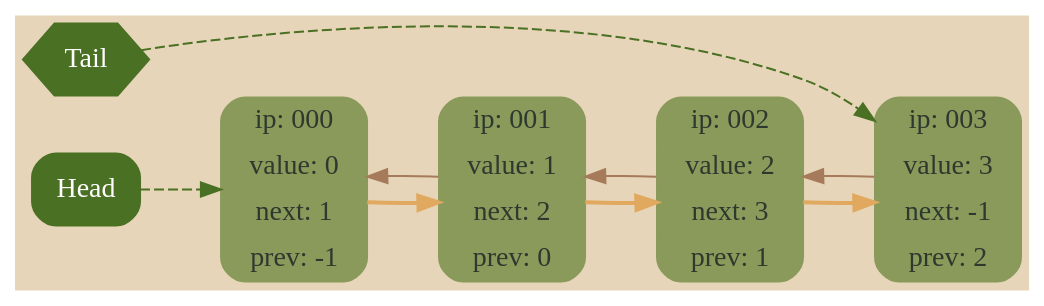
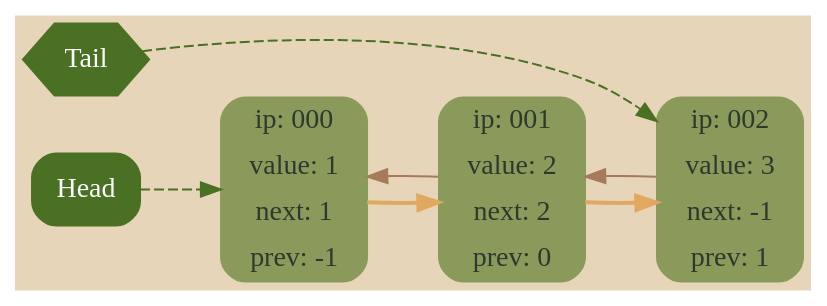
The diagram in GraphDump/dump.dot (F1merhub/List), drawn with Graphviz before and after one commit. The commit also changed 6 other files, not shown here.

```diff
--- a/GraphDump/dump.dot
+++ b/GraphDump/dump.dot
@@ -1,20 +1,17 @@
 digraph G {
 	rankdir = LR;
 	bgcolor="#E6D5B8";
-	node000 [shape=Mrecord; style=filled; color="#8A9A5B"; fontcolor="#2E382E"; label=" { ip: 000 } | { value:   0 } | { next:   1 } | { prev:  -1 } "];
-	node001 [shape=Mrecord; style=filled; color="#8A9A5B"; fontcolor="#2E382E"; label=" { ip: 001 } | { value:   1 } | { next:   2 } | { prev:   0 } "];
-	node002 [shape=Mrecord; style=filled; color="#8A9A5B"; fontcolor="#2E382E"; label=" { ip: 002 } | { value:   2 } | { next:   3 } | { prev:   1 } "];
-	node003 [shape=Mrecord; style=filled; color="#8A9A5B"; fontcolor="#2E382E"; label=" { ip: 003 } | { value:   3 } | { next:  -1 } | { prev:   2 } "];
+	node000 [shape=Mrecord; style=filled; color="#8A9A5B"; fontcolor="#2E382E"; label=" { ip: 000 } | { value:   1 } | { next:   1 } | { prev:  -1 } "];
+	node001 [shape=Mrecord; style=filled; color="#8A9A5B"; fontcolor="#2E382E"; label=" { ip: 001 } | { value:   2 } | { next:   2 } | { prev:   0 } "];
+	node002 [shape=Mrecord; style=filled; color="#8A9A5B"; fontcolor="#2E382E"; label=" { ip: 002 } | { value:   3 } | { next:  -1 } | { prev:   1 } "];
 
 	node000 -> node001 [style=bold; weight=1000; color="#E1A95F"];
 	node001 -> node002 [style=bold; weight=1000; color="#E1A95F"];
-	node002 -> node003 [style=bold; weight=1000; color="#E1A95F"];
-	node003 -> node002 [weight=0; color="#A67B5B"; constraint=false];
 	node002 -> node001 [weight=0; color="#A67B5B"; constraint=false];
 	node001 -> node000 [weight=0; color="#A67B5B"; constraint=false];
 
 	head [shape=Mrecord; style=filled; color="#4A7023"; fontcolor="white"; label="Head"];
 	head -> node000 [style=dashed; color="#4A7023"];
 	tail [shape=hexagon; style=filled; color="#4A7023"; fontcolor="white"; label="Tail"];
-	tail -> node003 [style=dashed; color="#4A7023"; constraint=false];
+	tail -> node002 [style=dashed; color="#4A7023"; constraint=false];
 }
```
